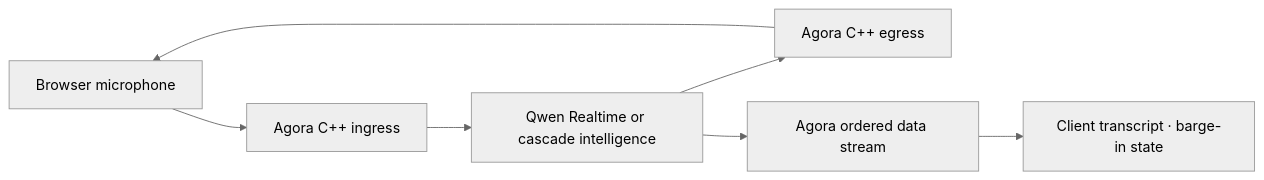
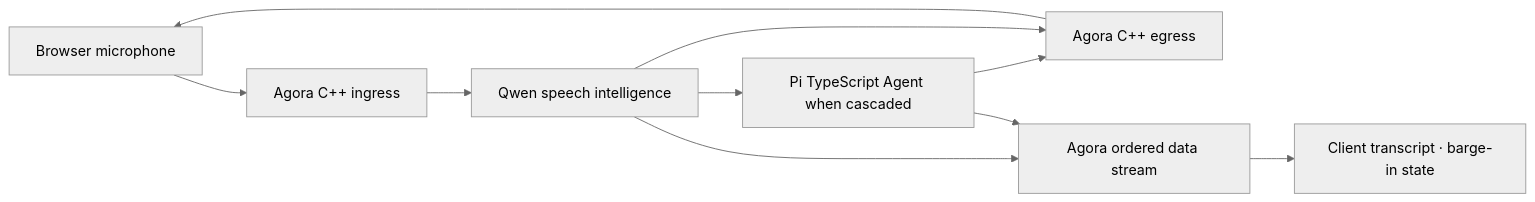
Before and after one commit to PiyotaHu/muxiva: the diagram in docs/site/en/index.md, drawn with Mermaid (neutral theme). The commit also changed other lines of this file and 111 other files, not shown here.

````diff
--- a/docs/site/en/index.md
+++ b/docs/site/en/index.md
@@ -22,9 +22,12 @@
 ```mermaid
 flowchart LR
     WEB["Browser microphone"] --> AGORA_IN["Agora C++ ingress"]
-    AGORA_IN --> QWEN["Qwen Realtime or cascade intelligence"]
-    QWEN --> AGORA_OUT["Agora C++ egress"]
+    AGORA_IN --> QWEN["Qwen speech intelligence"]
+    QWEN --> PI["Pi TypeScript Agent when cascaded"]
+    PI --> AGORA_OUT["Agora C++ egress"]
+    QWEN --> AGORA_OUT
     AGORA_OUT --> WEB
     QWEN --> DATA["Agora ordered data stream"]
+    PI --> DATA
     DATA --> LIVE["Client transcript · barge-in state"]
 ```
````
